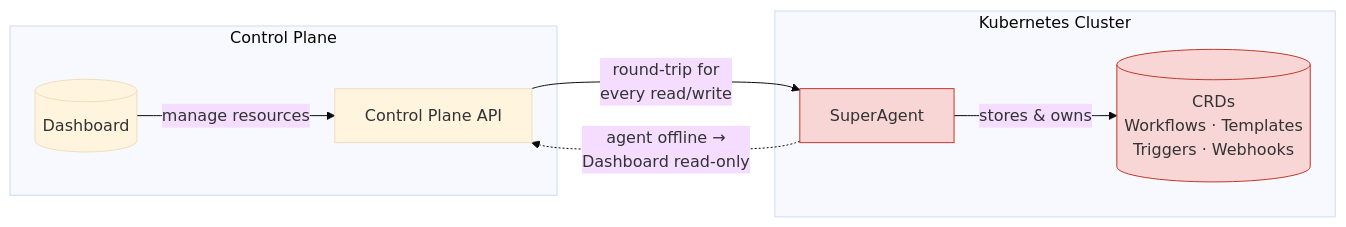
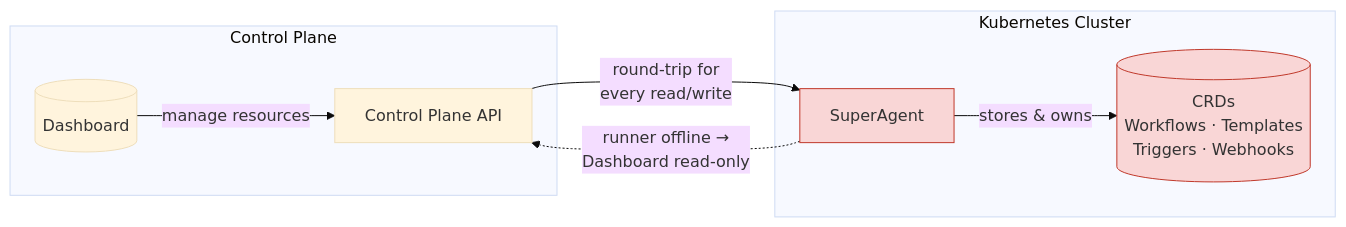
Before and after one commit to kubeshop/testkube-docs: the first of 2 diagrams in docs/articles/testkube-resource-management.md, drawn with Mermaid (base theme). The commit also changed other lines of this file and 91 other files, not shown here.

````diff
--- a/docs/articles/testkube-resource-management.md
+++ b/docs/articles/testkube-resource-management.md
@@ -30,21 +30,21 @@
 ```mermaid
 flowchart LR
     subgraph Control Plane
         CP[Control Plane API]
         DB[(Dashboard)]
     end
 
     subgraph Kubernetes Cluster
         SA[SuperAgent]
         CRD[(CRDs<br/>Workflows · Templates<br/>Triggers · Webhooks)]
     end
 
     DB -- "manage resources" --> CP
     CP -- "round-trip for<br/>every read/write" --> SA
     SA -- "stores & owns" --> CRD
 
-    SA -. "agent offline → <br/>Dashboard read-only" .-> CP
+    SA -. "runner offline → <br/>Dashboard read-only" .-> CP
 
     style CRD fill:#f9d6d6,stroke:#c0392b
     style SA fill:#f9d6d6,stroke:#c0392b
 ```
````
